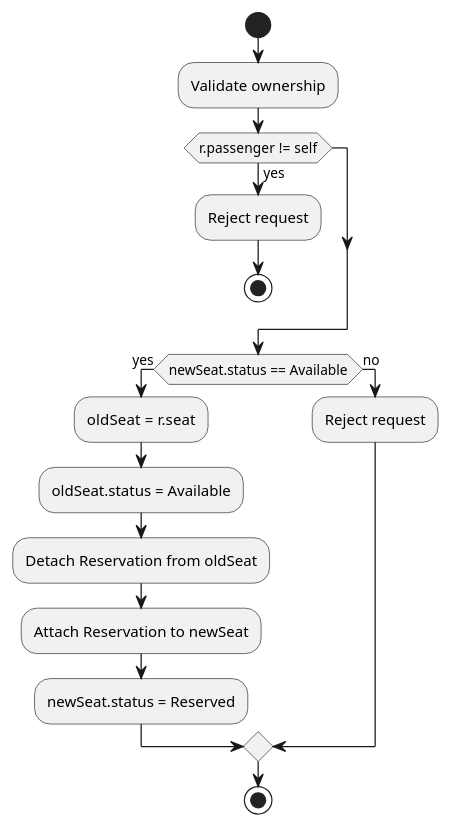
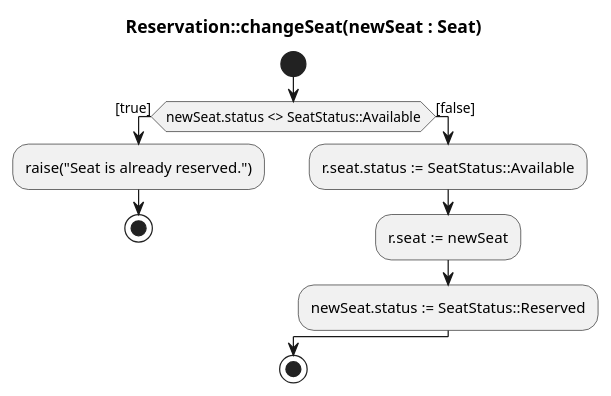
Before and after one commit to scx-othr/MoProCo-evaluation: the diagram in airline/classical-uml/change-seat.puml, drawn with PlantUML. The commit also changed 31 other files, not shown here.

Commit message:
Prepare initial evaluation data for all three case studies (shop, airline, library; classical uml, black box prompt, moproco)

```diff
--- a/airline/classical-uml/change-seat.puml
+++ b/airline/classical-uml/change-seat.puml
@@ -1,21 +1,14 @@
 @startuml
+title Reservation::changeSeat(newSeat : Seat)
+
 start
-:Validate ownership;
-
-if (r.passenger != self) then (yes)
-  :Reject request;
+if (newSeat.status <> SeatStatus::Available) then ([true])
+  :raise("Seat is already reserved.");
   stop
+else ([false])
+  :r.seat.status := SeatStatus::Available;
+  :r.seat := newSeat;
+  :newSeat.status := SeatStatus::Reserved;
 endif
-
-if (newSeat.status == Available) then (yes)
-  :oldSeat = r.seat;
-  :oldSeat.status = Available;
-  :Detach Reservation from oldSeat;
-  :Attach Reservation to newSeat;
-  :newSeat.status = Reserved;
-else (no)
-  :Reject request;
-endif
-
 stop
 @enduml
```
